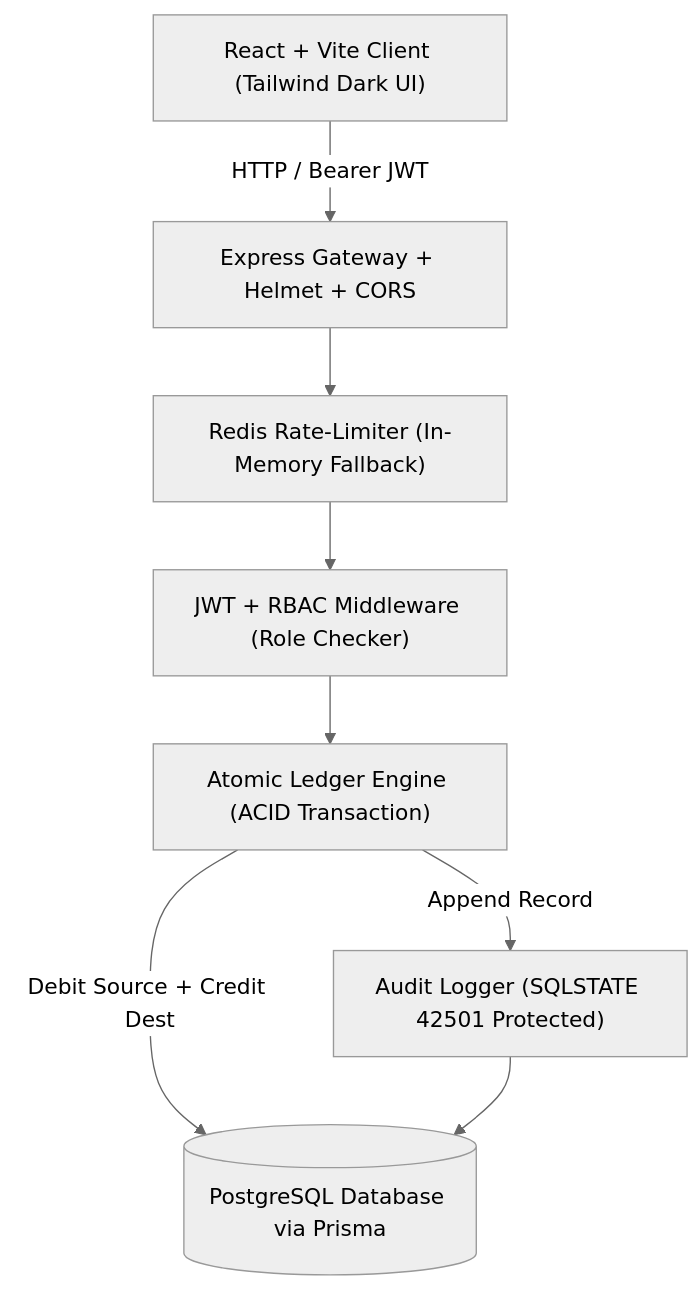
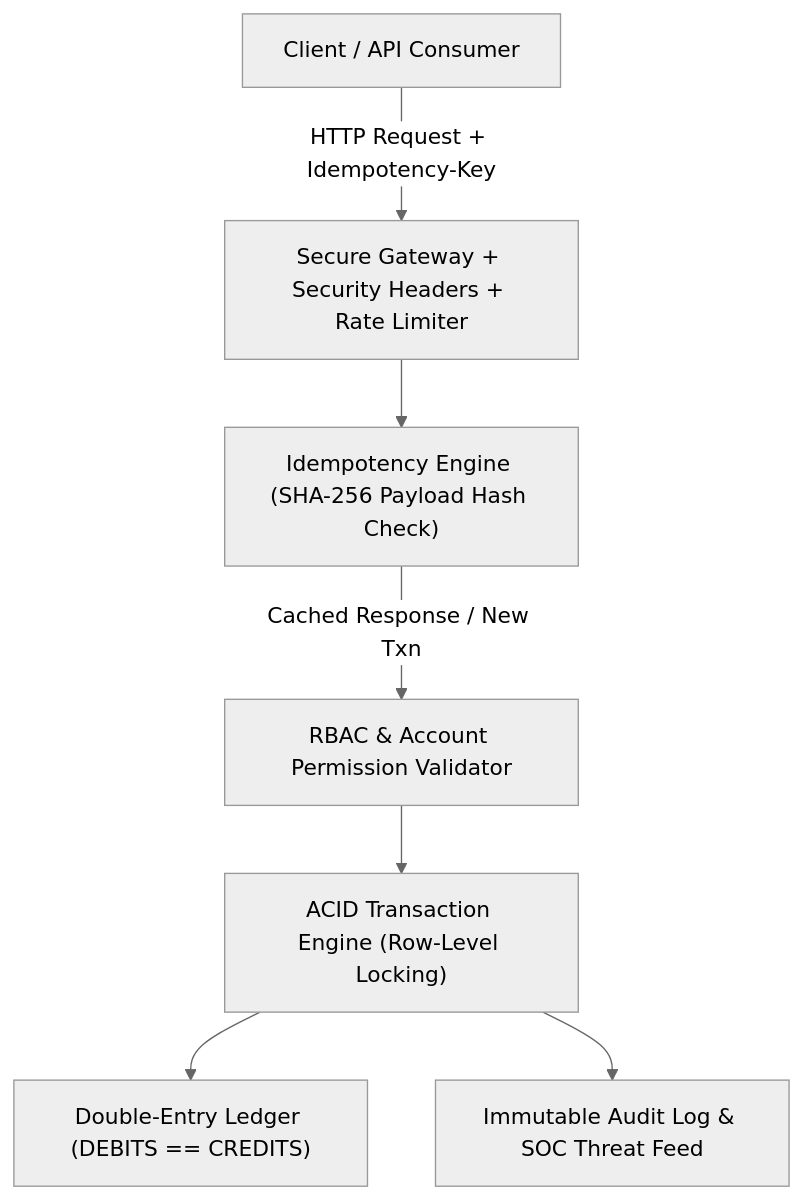
The diagram in README.md (nithinpakki32-hue/balance-vault), drawn with Mermaid (neutral theme) before and after one commit. The commit also changed other lines of this file and 13 other files, not shown here.

Commit message:
feat(security): implement double-entry ledger, idempotency, RBAC permissions, and automated test suite

````diff
--- a/README.md
+++ b/README.md
@@ -45,18 +42,17 @@
 ```mermaid
 flowchart TD
-    Client["React + Vite Client (Tailwind Dark UI)"]
-    Gateway["Express Gateway + Helmet + CORS"]
-    RL["Redis Rate-Limiter (In-Memory Fallback)"]
-    Auth["JWT + RBAC Middleware (Role Checker)"]
-    LedgerTx["Atomic Ledger Engine (ACID Transaction)"]
-    DB[(PostgreSQL Database via Prisma)]
-    Audit["Audit Logger (SQLSTATE 42501 Protected)"]
+    Client["Client / API Consumer"]
+    Gateway["Secure Gateway + Security Headers + Rate Limiter"]
+    Idem["Idempotency Engine (SHA-256 Payload Hash Check)"]
+    Perm["RBAC & Account Permission Validator"]
+    TxnEngine["ACID Transaction Engine (Row-Level Locking)"]
+    Ledger["Double-Entry Ledger (DEBITS == CREDITS)"]
+    Audit["Immutable Audit Log & SOC Threat Feed"]
 
-    Client -->|HTTP / Bearer JWT| Gateway
-    Gateway --> RL
-    RL --> Auth
-    Auth --> LedgerTx
-    LedgerTx -->|Debit Source + Credit Dest| DB
-    LedgerTx -->|Append Record| Audit
-    Audit --> DB
+    Client -->|HTTP Request + Idempotency-Key| Gateway
+    Gateway --> Idem
+    Idem -->|Cached Response / New Txn| Perm
+    Perm --> TxnEngine
+    TxnEngine --> Ledger
+    TxnEngine --> Audit
 ```
````
